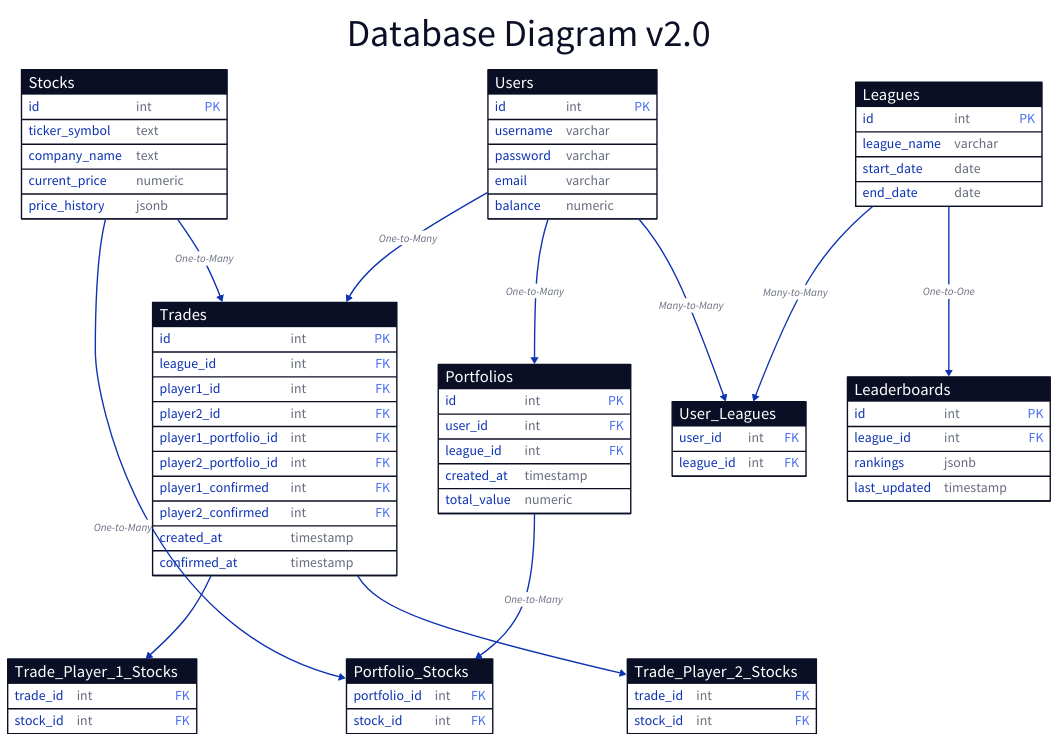
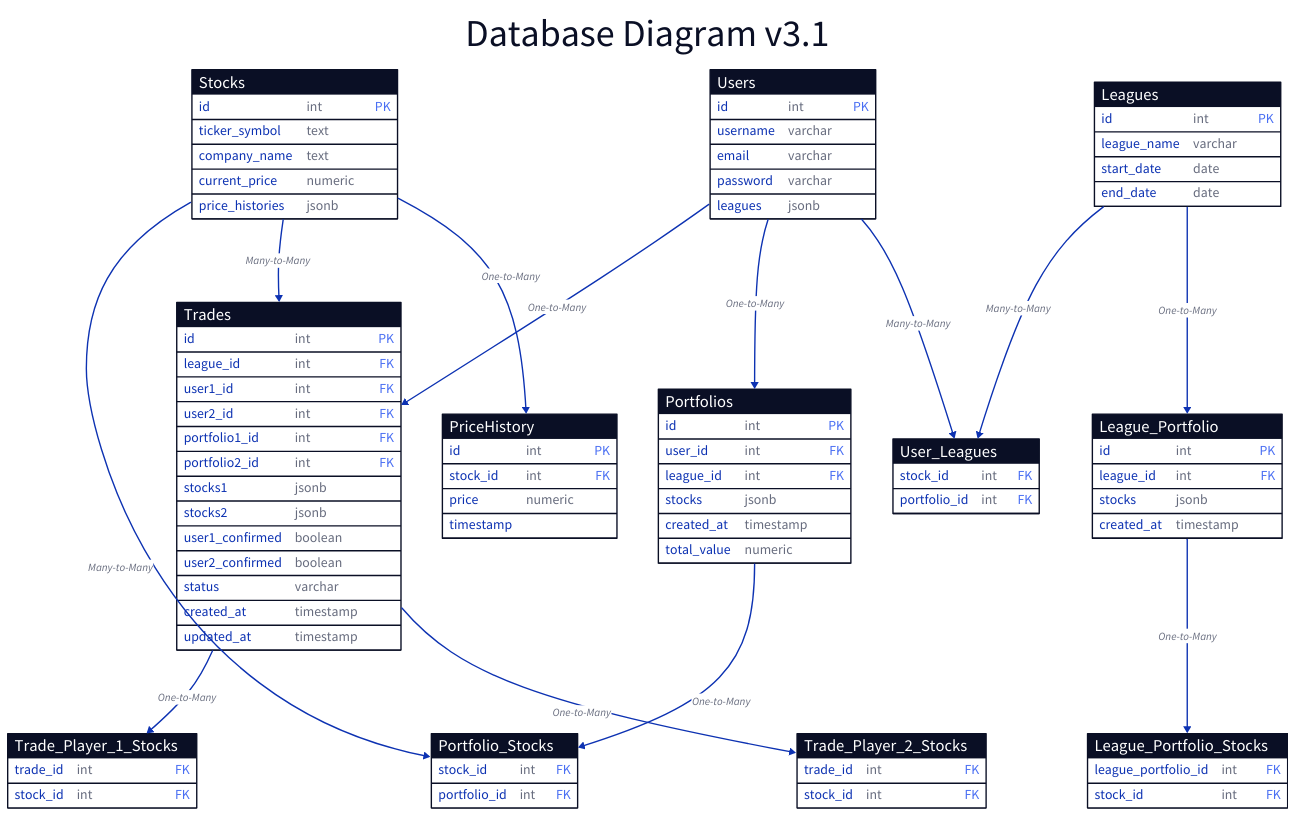
Before and after one commit to ricky-yosh/market-league: the diagram in documentation/database-diagram.d2, drawn with D2.

Commit message:
Update database diagram

```diff
--- a/documentation/database-diagram.d2
+++ b/documentation/database-diagram.d2
@@ -1,131 +1,155 @@
-# Database Diagram v2.0
+# Database Diagram v3.1
 
-title: "Database Diagram v2.0" {
+title: "Database Diagram v3.1" {
   shape: text
   near: top-center
   style: {
     font-size: 55
   }
 }
 
 # ####################
 # #    Entities     ##
 # ####################
 
 # Organize Entities
 Stocks
 Users
 Leagues
 Trades
 Portfolios
 User_Leagues
-Leaderboards
 Trade_Player_1_Stocks
 Trade_Player_2_Stocks
+PriceHistory
+League_Portfolio
+League_Portfolio_Stocks
 
 Users: {
   shape: sql_table
 
   id: int {constraint: primary_key}
   username: varchar
+  email: varchar
   password: varchar
-  email: varchar
-  balance: numeric
+  leagues: jsonb
 }
 
 Stocks: {
   shape: sql_table
 
   id: int {constraint: primary_key}
   ticker_symbol: text
   company_name: text
   current_price: numeric
-  price_history: jsonb
+  price_histories: jsonb
+}
+
+PriceHistory: {
+  shape: sql_table
+
+  id: int {constraint: primary_key}
+  stock_id: int {constraint: foreign_key}
+  price: numeric
+  timestamp: timestamp
 }
 
 Portfolios: {
   shape: sql_table
 
   id: int {constraint: primary_key}
   user_id: int {constraint: foreign_key}
   league_id: int {constraint: foreign_key}
+  stocks: jsonb
   created_at: timestamp
   total_value: numeric
-}
-
-Portfolio_Stocks: {
-  shape: sql_table
-
-  portfolio_id: int {constraint: foreign_key}
-  stock_id: int {constraint: foreign_key}
 }
 
 Trades: {
   shape: sql_table
 
   id: int {constraint: primary_key}
   league_id: int {constraint: foreign_key}
-  player1_id: int {constraint: foreign_key}
-  player2_id: int {constraint: foreign_key}
-  player1_portfolio_id: int {constraint: foreign_key}
-  player2_portfolio_id: int {constraint: foreign_key}
-  player1_confirmed: int {constraint: foreign_key}
-  player2_confirmed: int {constraint: foreign_key}
+  user1_id: int {constraint: foreign_key}
+  user2_id: int {constraint: foreign_key}
+  portfolio1_id: int {constraint: foreign_key}
+  portfolio2_id: int {constraint: foreign_key}
+  stocks1: jsonb
+  stocks2: jsonb
+  user1_confirmed: boolean
+  user2_confirmed: boolean
+  status: varchar
   created_at: timestamp
-  confirmed_at: timestamp
+  updated_at: timestamp
+}
+
+Leagues: {
+  shape: sql_table
+
+  id: int {constraint: primary_key}
+  league_name: varchar
+  start_date: date
+  end_date: date
+}
+
+League_Portfolio: {
+  shape: sql_table
+
+  id: int {constraint: primary_key}
+  league_id: int {constraint: foreign_key}
+  stocks: jsonb
+  created_at: timestamp
 }
 
 Trade_Player_1_Stocks: {
   shape: sql_table
 
   trade_id: int {constraint: foreign_key}
   stock_id: int {constraint: foreign_key}
 }
 
 Trade_Player_2_Stocks: {
   shape: sql_table
 
   trade_id: int {constraint: foreign_key}
   stock_id: int {constraint: foreign_key}
 }
 
-Leagues: {
+Portfolio_Stocks: {
   shape: sql_table
 
-  id: int {constraint: primary_key}
-  league_name: varchar
-  start_date: date
-  end_date: date
+  stock_id: int {constraint: foreign_key}
+  portfolio_id: int {constraint: foreign_key}
 }
 
-User_Leagues: {
+User_leagues: {
   shape: sql_table
 
-  user_id: int {constraint: foreign_key}
-  league_id: int {constraint: foreign_key}
+  stock_id: int {constraint: foreign_key}
+  portfolio_id: int {constraint: foreign_key}
 }
 
-Leaderboards: {
+League_Portfolio_Stocks: {
   shape: sql_table
 
-  id: int {constraint: primary_key}
-  league_id: int {constraint: foreign_key}
-  rankings: jsonb
-  last_updated: timestamp
+  league_portfolio_id: int {constraint: foreign_key}
+  stock_id: int {constraint: foreign_key}
 }
 
 # ####################
 # #  Entities  END  ##
 # ####################
 
 # Define relationships between tables
-Stocks -> Portfolio_Stocks: "One-to-Many"
-Stocks -> Trades: "One-to-Many"
+Stocks -> Portfolio_Stocks: "Many-to-Many"
+Stocks -> Trades: "Many-to-Many"
 Users -> Trades: "One-to-Many"
-Trades -> Trade_Player_1_Stocks: ""
-Trades -> Trade_Player_2_Stocks: ""
+Trades -> Trade_Player_1_Stocks: "One-to-Many"
+Trades -> Trade_Player_2_Stocks: "One-to-Many"
 Users -> Portfolios: "One-to-Many"
 Users -> User_Leagues: "Many-to-Many"
 Leagues -> User_Leagues: "Many-to-Many"
-Leagues -> Leaderboards: "One-to-One"
 Portfolios -> Portfolio_Stocks: "One-to-Many"
+Leagues -> League_Portfolio: "One-to-Many"
+Stocks -> PriceHistory: "One-to-Many"
+League_Portfolio -> League_Portfolio_Stocks: "One-to-Many"
```
